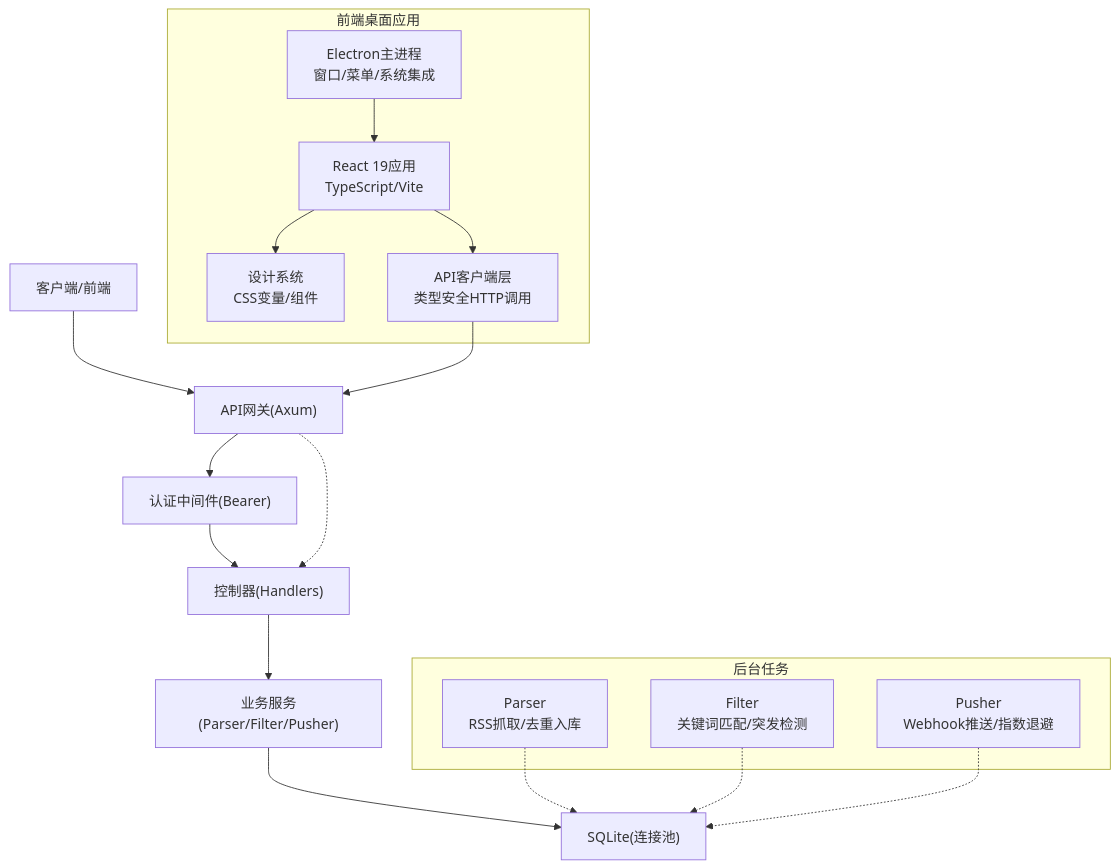
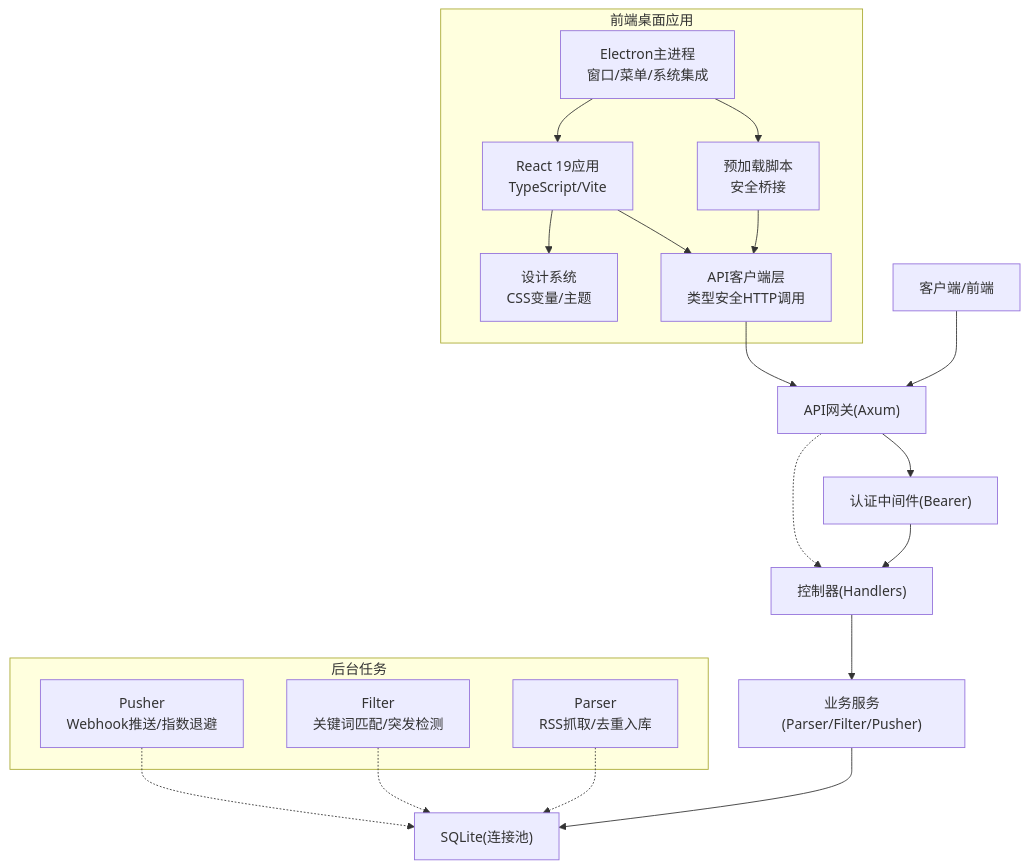
Before and after one commit to leimu-hue/AI-Trend-Tool: the second of 13 diagrams in .qoder/repowiki/zh/content/开发指南/开发指南.md, drawn with Mermaid. The commit also changed other lines of this file and 74 other files, not shown here.

````diff
--- a/.qoder/repowiki/zh/content/开发指南/开发指南.md
+++ b/.qoder/repowiki/zh/content/开发指南/开发指南.md
@@ -167,27 +194,30 @@
 ```mermaid
 graph TB
 CLIENT["客户端/前端"] --> API["API网关(Axum)"]
 API --> AUTH["认证中间件(Bearer)"]
 AUTH --> CTRL["控制器(Handlers)"]
 CTRL --> SVC["业务服务(Parser/Filter/Pusher)"]
 SVC --> DB["SQLite(连接池)"]
 subgraph "前端桌面应用"
 ELECTRON["Electron主进程<br/>窗口/菜单/系统集成"]
+PRELOAD["预加载脚本<br/>安全桥接"]
 REACT["React 19应用<br/>TypeScript/Vite"]
-DESIGN["设计系统<br/>CSS变量/组件"]
+THEME["设计系统<br/>CSS变量/主题"]
 API_CLIENT["API客户端层<br/>类型安全HTTP调用"]
+ELECTRON --> PRELOAD
 ELECTRON --> REACT
-REACT --> DESIGN
+PRELOAD --> API_CLIENT
+REACT --> THEME
 REACT --> API_CLIENT
 end
 subgraph "后台任务"
 PARSER["Parser<br/>RSS抓取/去重入库"]
 FILTER["Filter<br/>关键词匹配/突发检测"]
 PUSHER["Pusher<br/>Webhook推送/指数退避"]
 end
 PARSER -.-> DB
 FILTER -.-> DB
 PUSHER -.-> DB
 API -.-> CTRL
 API_CLIENT --> API
 ```
````
